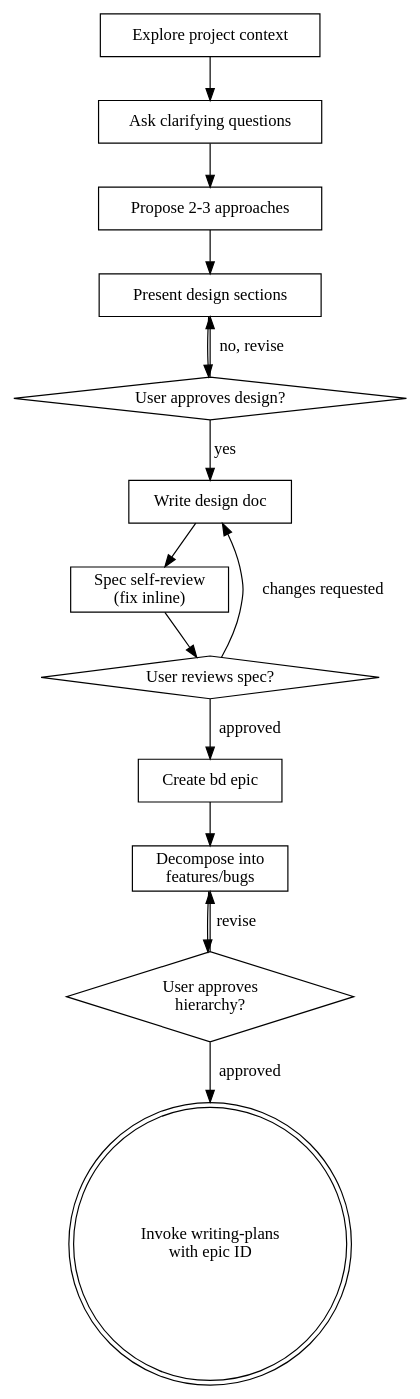
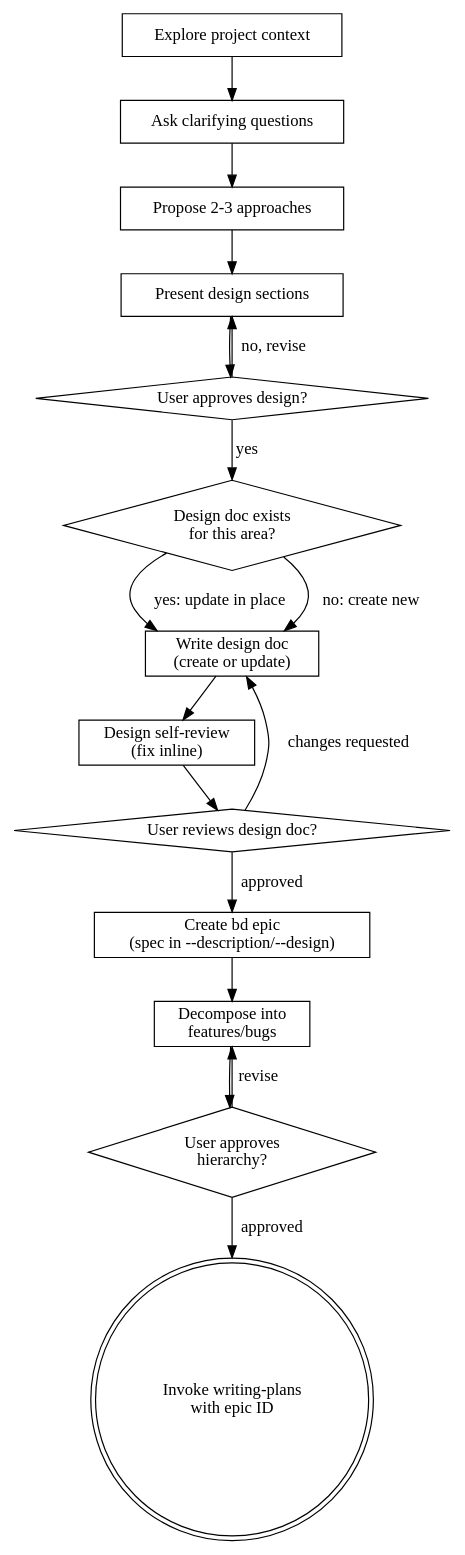
One commit to jwp23/joe-bag-of-tricks changed the diagram in plugins/joe-bag-of-tricks/skills/brainstorming/SKILL.md. Above: the diagram before and after it, drawn with Graphviz. The commit also changed other lines of this file and 2 other files, not shown here.

Commit message:
refactor: move brainstorming to bead-driven living design docs (#16)

````diff
--- a/plugins/joe-bag-of-tricks/skills/brainstorming/SKILL.md
+++ b/plugins/joe-bag-of-tricks/skills/brainstorming/SKILL.md
@@ -56,31 +56,34 @@
 ```dot
 digraph brainstorming {
     "Explore project context" [shape=box];
     "Ask clarifying questions" [shape=box];
     "Propose 2-3 approaches" [shape=box];
     "Present design sections" [shape=box];
     "User approves design?" [shape=diamond];
-    "Write design doc" [shape=box];
-    "Spec self-review\n(fix inline)" [shape=box];
-    "User reviews spec?" [shape=diamond];
-    "Create bd epic" [shape=box];
+    "Design doc exists\nfor this area?" [shape=diamond];
+    "Write design doc\n(create or update)" [shape=box];
+    "Design self-review\n(fix inline)" [shape=box];
+    "User reviews design doc?" [shape=diamond];
+    "Create bd epic\n(spec in --description/--design)" [shape=box];
     "Decompose into\nfeatures/bugs" [shape=box];
     "User approves\nhierarchy?" [shape=diamond];
     "Invoke writing-plans\nwith epic ID" [shape=doublecircle];
 
     "Explore project context" -> "Ask clarifying questions";
     "Ask clarifying questions" -> "Propose 2-3 approaches";
     "Propose 2-3 approaches" -> "Present design sections";
     "Present design sections" -> "User approves design?";
     "User approves design?" -> "Present design sections" [label="no, revise"];
-    "User approves design?" -> "Write design doc" [label="yes"];
-    "Write design doc" -> "Spec self-review\n(fix inline)";
-    "Spec self-review\n(fix inline)" -> "User reviews spec?";
-    "User reviews spec?" -> "Write design doc" [label="changes requested"];
-    "User reviews spec?" -> "Create bd epic" [label="approved"];
-    "Create bd epic" -> "Decompose into\nfeatures/bugs";
+    "User approves design?" -> "Design doc exists\nfor this area?" [label="yes"];
+    "Design doc exists\nfor this area?" -> "Write design doc\n(create or update)" [label="yes: update in place"];
+    "Design doc exists\nfor this area?" -> "Write design doc\n(create or update)" [label="no: create new"];
+    "Write design doc\n(create or update)" -> "Design self-review\n(fix inline)";
+    "Design self-review\n(fix inline)" -> "User reviews design doc?";
+    "User reviews design doc?" -> "Write design doc\n(create or update)" [label="changes requested"];
+    "User reviews design doc?" -> "Create bd epic\n(spec in --description/--design)" [label="approved"];
+    "Create bd epic\n(spec in --description/--design)" -> "Decompose into\nfeatures/bugs";
     "Decompose into\nfeatures/bugs" -> "User approves\nhierarchy?";
     "User approves\nhierarchy?" -> "Decompose into\nfeatures/bugs" [label="revise"];
     "User approves\nhierarchy?" -> "Invoke writing-plans\nwith epic ID" [label="approved"];
 }
 ```
````
